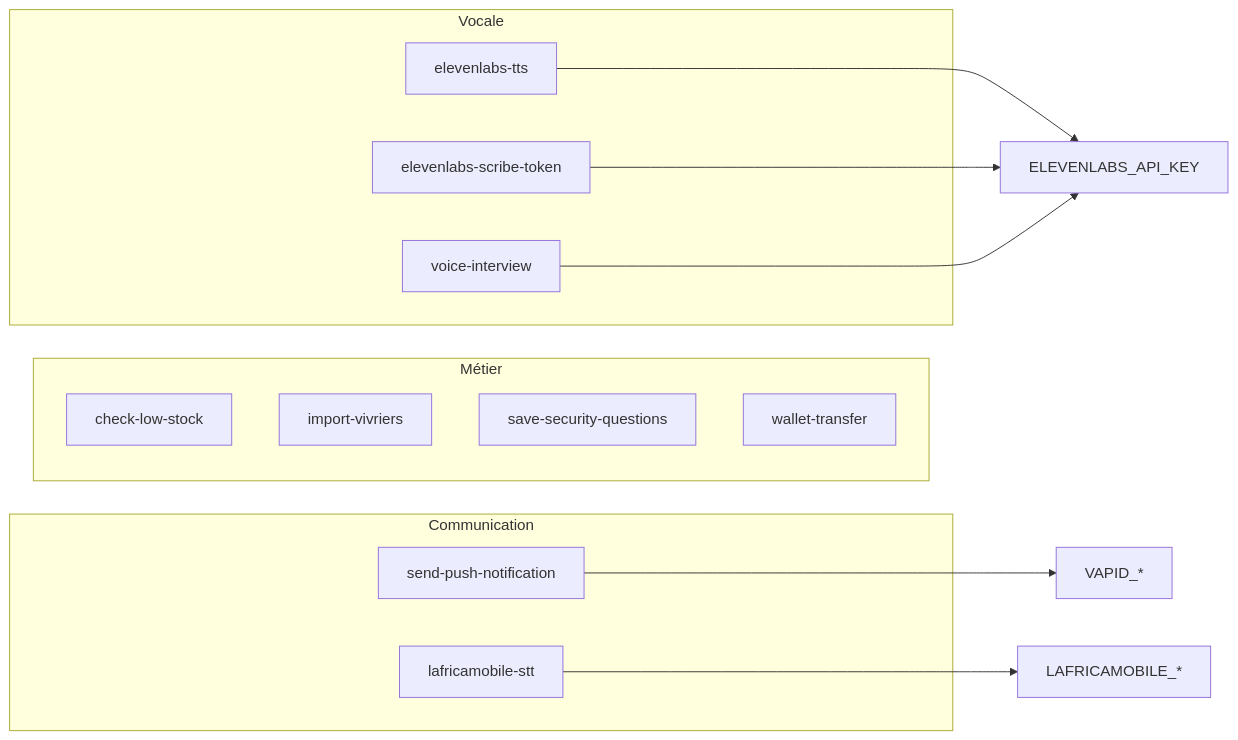
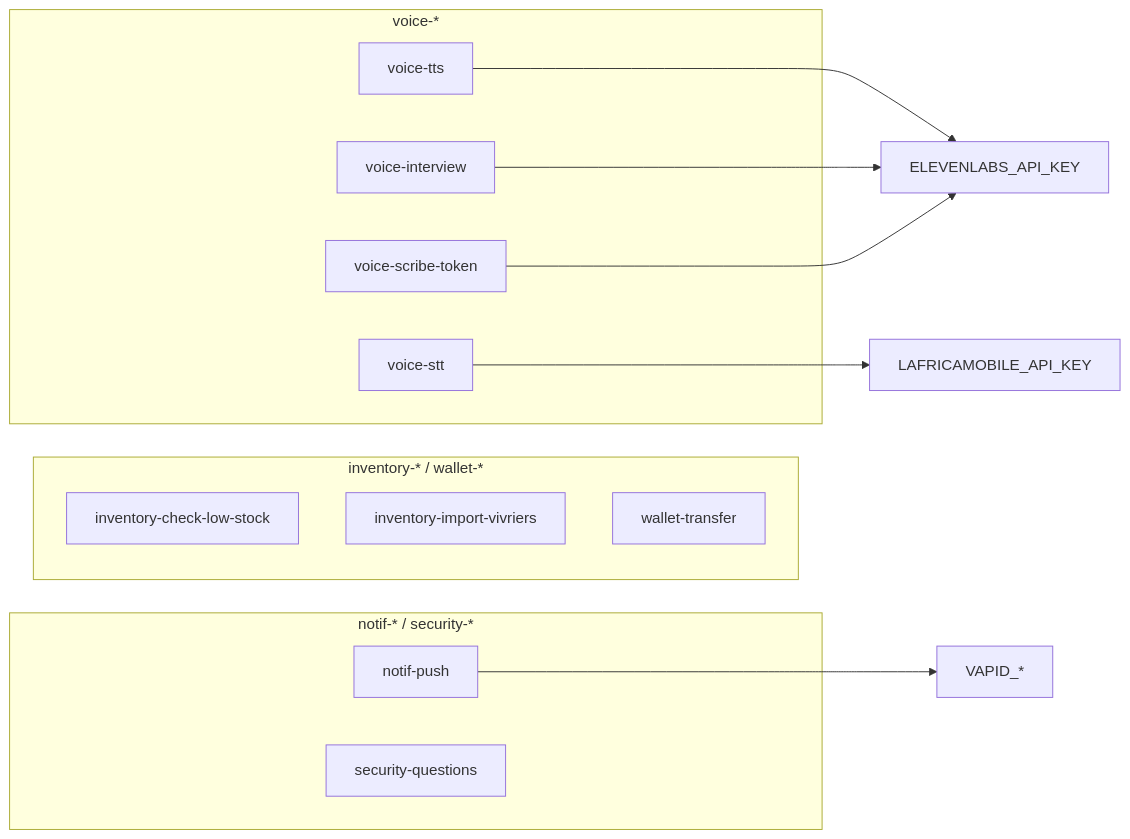
Before and after one commit to SOMET1010/igp-ifn-connect: the second of 7 diagrams in docs/ARCHITECTURE.md, drawn with Mermaid. The commit also changed other lines of this file and 26 other files, not shown here.

````diff
--- a/docs/ARCHITECTURE.md
+++ b/docs/ARCHITECTURE.md
@@ -111,26 +132,26 @@
 ```mermaid
 graph LR
-    subgraph Voice["Vocale"]
-        EL[elevenlabs-tts]
-        SC[elevenlabs-scribe-token]
-        VI[voice-interview]
+    subgraph Voice["voice-*"]
+        TTS[voice-tts]
+        STT[voice-stt]
+        INT[voice-interview]
+        SCR[voice-scribe-token]
     end
     
-    subgraph Business["Métier"]
-        CS[check-low-stock]
-        IV[import-vivriers]
-        SQ[save-security-questions]
+    subgraph Business["inventory-* / wallet-*"]
+        CS[inventory-check-low-stock]
+        IV[inventory-import-vivriers]
         WT[wallet-transfer]
     end
     
-    subgraph Comm["Communication"]
-        PN[send-push-notification]
-        AF[lafricamobile-stt]
+    subgraph Other["notif-* / security-*"]
+        PN[notif-push]
+        SQ[security-questions]
     end
     
-    EL --> ELEVENLABS_API_KEY
-    SC --> ELEVENLABS_API_KEY
-    VI --> ELEVENLABS_API_KEY
-    AF --> LAFRICAMOBILE_*
+    TTS --> ELEVENLABS_API_KEY
+    STT --> LAFRICAMOBILE_API_KEY
+    INT --> ELEVENLABS_API_KEY
+    SCR --> ELEVENLABS_API_KEY
     PN --> VAPID_*
 ```
````
